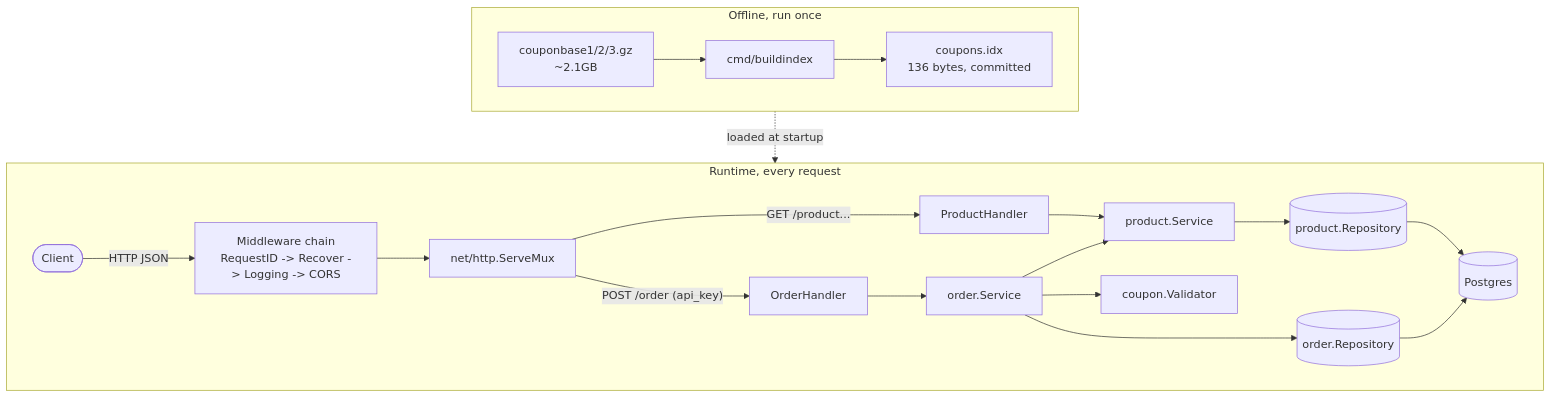
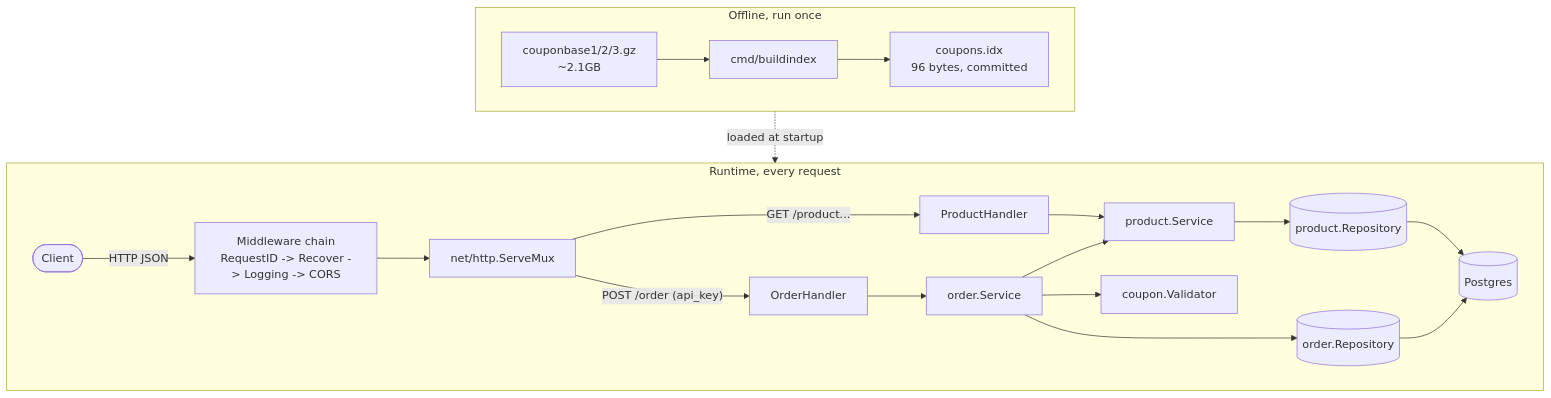
The diagram in README.md (Vasanth-Korada/oolio-kart-challenge), drawn with Mermaid before and after one commit. The commit also changed other lines of this file and 3 other files, not shown here.

````diff
--- a/README.md
+++ b/README.md
@@ -67,26 +67,26 @@
 ```mermaid
 flowchart TB
     subgraph Offline["Offline, run once"]
         direction LR
         RAW["couponbase1/2/3.gz<br/>~2.1GB"] --> BI["cmd/buildindex"]
-        BI --> IDX["coupons.idx<br/>136 bytes, committed"]
+        BI --> IDX["coupons.idx<br/>96 bytes, committed"]
     end
 
     subgraph Runtime["Runtime, every request"]
         direction LR
         Client(["Client"]) -->|HTTP JSON| MW["Middleware chain<br/>RequestID -&gt; Recover -&gt; Logging -&gt; CORS"]
         MW --> Mux["net/http.ServeMux"]
         Mux -->|"GET /product..."| PH["ProductHandler"]
         Mux -->|"POST /order (api_key)"| OH["OrderHandler"]
         PH --> PS["product.Service"]
         OH --> OS["order.Service"]
         OS --> PS
         OS --> CV["coupon.Validator"]
         PS --> PR[("product.Repository")]
         OS --> OR[("order.Repository")]
         PR --> PG[("Postgres")]
         OR --> PG
     end
 
     IDX -. loaded at startup .-> CV
 ```
````
